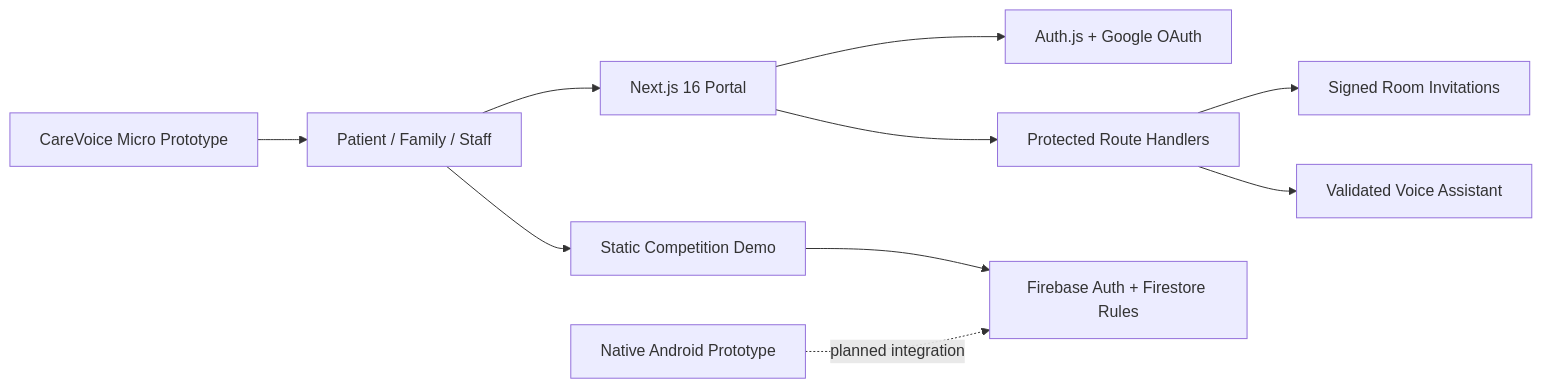
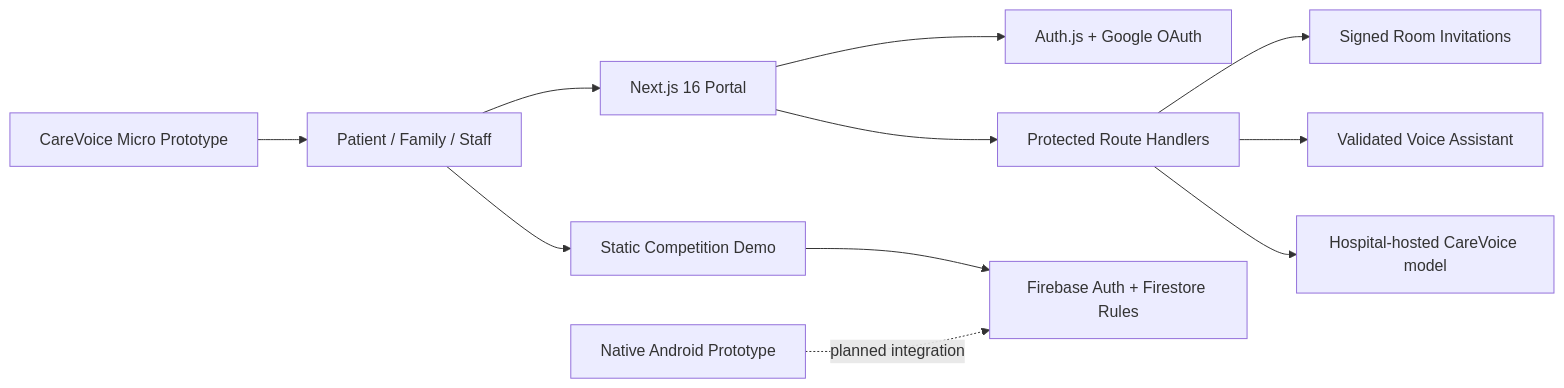
Before and after one commit to ODd-line/CareVoice-AI: the diagram in README.md, drawn with Mermaid. The commit also changed other lines of this file and 63 other files, not shown here.

Commit message:
Add CareVoice Pi desktop and edge appliance

````diff
--- a/README.md
+++ b/README.md
@@ -40,12 +44,13 @@
 ```mermaid
 flowchart LR
 	User[Patient / Family / Staff] --> Next[Next.js 16 Portal]
 	Next --> Auth[Auth.js + Google OAuth]
 	Next --> APIs[Protected Route Handlers]
 	APIs --> Invite[Signed Room Invitations]
 	APIs --> Voice[Validated Voice Assistant]
+	APIs --> LocalLLM[Hospital-hosted CareVoice model]
 	User --> Static[Static Competition Demo]
 	Static --> Firebase[Firebase Auth + Firestore Rules]
 	Android[Native Android Prototype] -. planned integration .-> Firebase
 	Micro[CareVoice Micro Prototype] --> User
 ```
````
